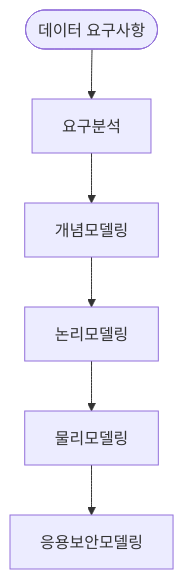
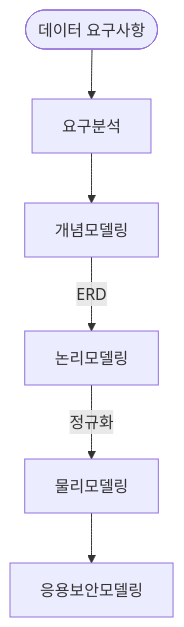
Before and after one commit to gracefullight/gracefullight.github.io: the first of 3 diagrams in blog/pe/db/data-modeling.md, drawn with Mermaid. The commit also changed other lines of this file and 18 other files, not shown here.

````diff
--- a/blog/pe/db/data-modeling.md
+++ b/blog/pe/db/data-modeling.md
@@ -20,4 +20,7 @@
 ```mermaid
 graph TB
-  데이터요구사항([데이터 요구사항]) --> 요구분석 --> 개념모델링 --> 논리모델링 --> 물리모델링 --> 응용보안모델링
+  데이터요구사항([데이터 요구사항]) --> 요구분석
+  요구분석 --> 개념모델링 
+  개념모델링 -->|ERD| 논리모델링
+  논리모델링 -->|정규화| 물리모델링 --> 응용보안모델링
 ```
````
